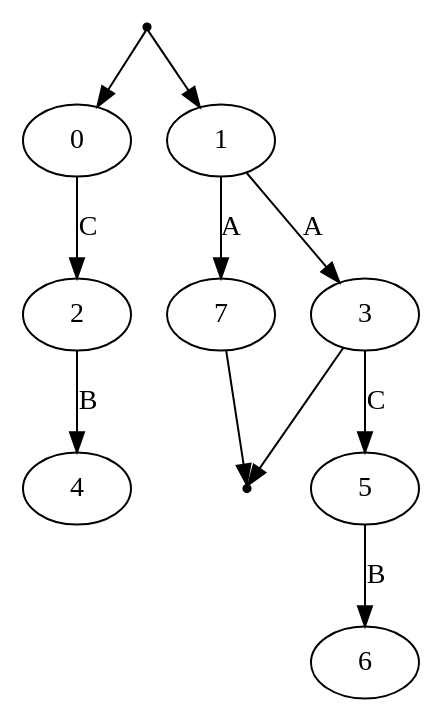
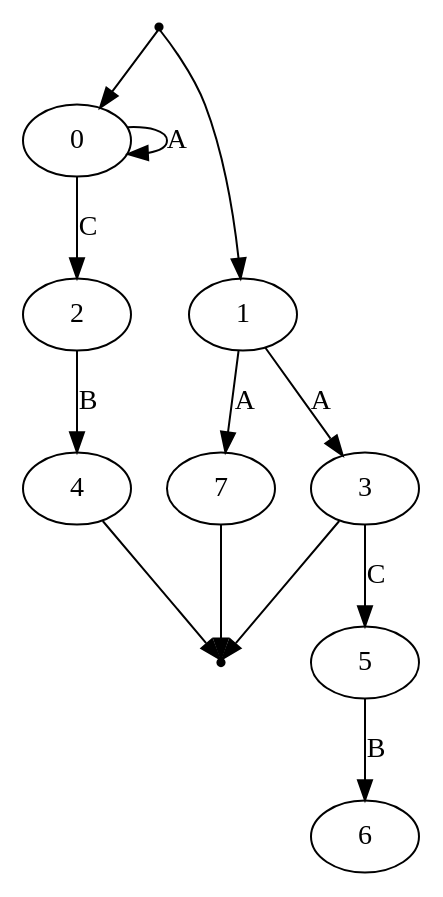
One commit to omarelhorre/automate changed the diagram in demo.dot. Above: the diagram before and after it, drawn with Graphviz. The commit also changed 1 other file, not shown here.

```diff
--- a/demo.dot
+++ b/demo.dot
@@ -1,14 +1,16 @@
 digraph G {
     init [shape=point]
     fin [shape=point]
     init -> 0;
     init -> 1;
+    0 -> 0 [label="A"];
     0 -> 2 [label="C"];
     1 -> 3 [label="A"];
     2 -> 4 [label="B"];
     3 -> 5 [label="C"];
     1 -> 7 [label="A"];
     7 -> fin;
     5 -> 6 [label="B"];
     3 -> fin;
+    4 -> fin;
 }
```
